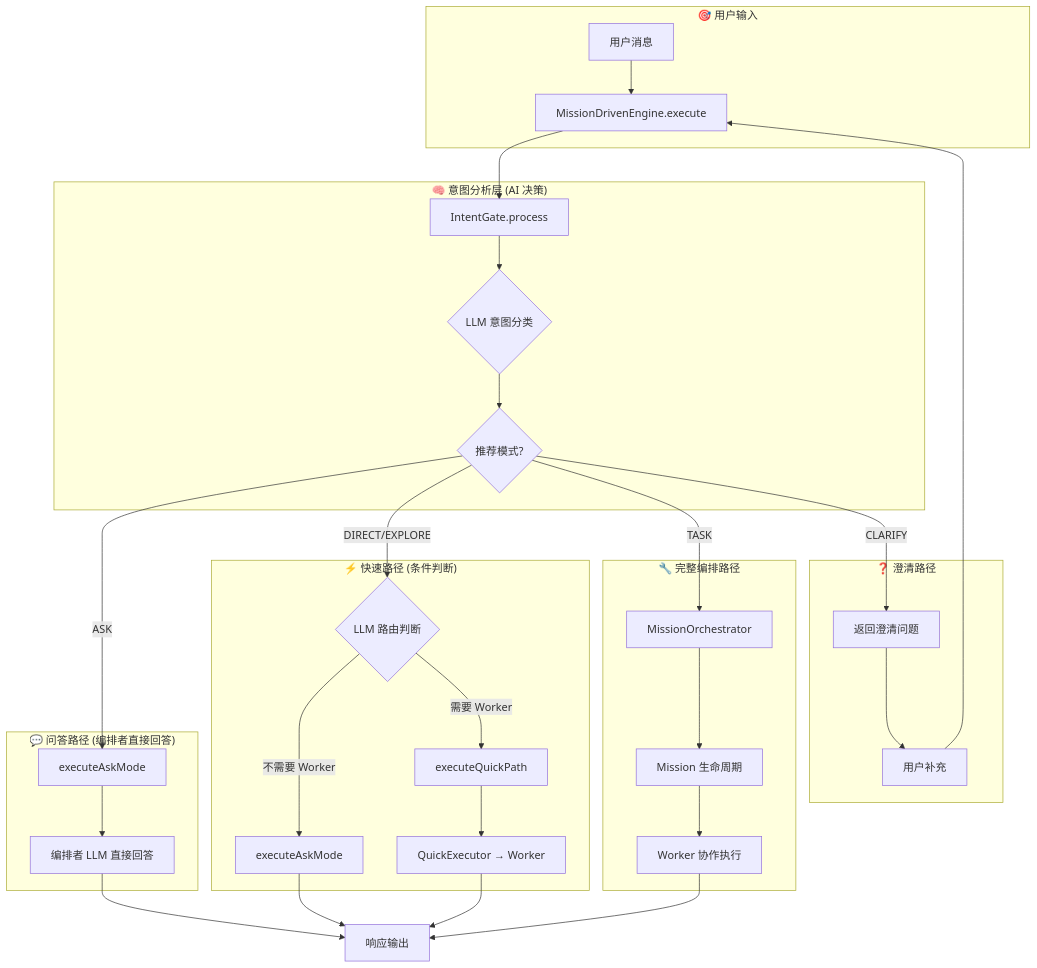
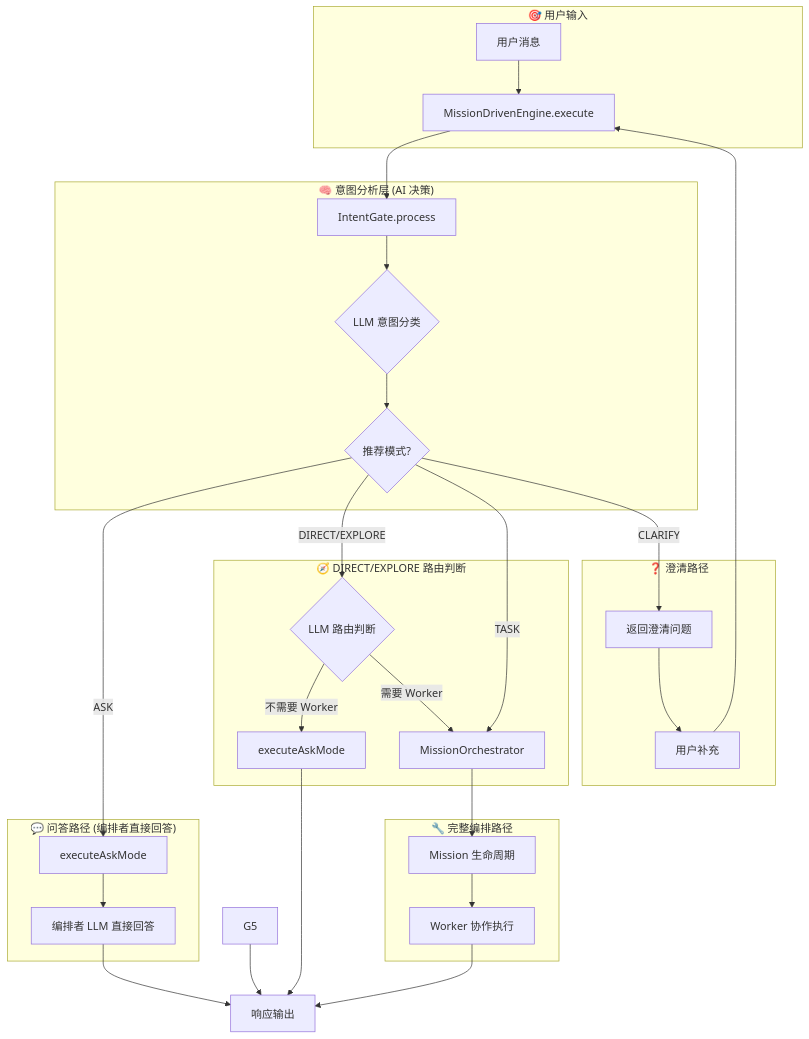
One commit to MistRipple/magi-code changed the diagram in docs/orchestration-flow-specification.md. Above: the diagram before and after it, drawn with Mermaid. The commit also changed other lines of this file and 147 other files, not shown here.

````diff
--- a/docs/orchestration-flow-specification.md
+++ b/docs/orchestration-flow-specification.md
@@ -288,40 +289,39 @@
 ```mermaid
 flowchart TB
     subgraph Input["🎯 用户输入"]
         A[用户消息] --> B[MissionDrivenEngine.execute]
     end
 
     subgraph IntentAnalysis["🧠 意图分析层 (AI 决策)"]
         B --> C[IntentGate.process]
         C --> D{LLM 意图分类}
         D --> E{推荐模式?}
     end
 
     subgraph AskPath["💬 问答路径 (编排者直接回答)"]
         E -->|ASK| F1[executeAskMode]
         F1 --> F2[编排者 LLM 直接回答]
     end
 
-    subgraph DirectExplorePath["⚡ 快速路径 (条件判断)"]
+    subgraph DirectExplorePath["🧭 DIRECT/EXPLORE 路由判断"]
         E -->|DIRECT/EXPLORE| G1{LLM 路由判断}
         G1 -->|不需要 Worker| G2[executeAskMode]
-        G1 -->|需要 Worker| G4[executeQuickPath]
-        G4 --> G5[QuickExecutor → Worker]
+        G1 -->|需要 Worker| H1
     end
 
     subgraph TaskPath["🔧 完整编排路径"]
         E -->|TASK| H1[MissionOrchestrator]
         H1 --> H2[Mission 生命周期]
         H2 --> H3[Worker 协作执行]
     end
 
     subgraph ClarifyPath["❓ 澄清路径"]
         E -->|CLARIFY| I1[返回澄清问题]
         I1 --> I2[用户补充] --> B
     end
 
     F2 --> Output[响应输出]
     G2 --> Output
     G5 --> Output
     H3 --> Output
 ```
````
